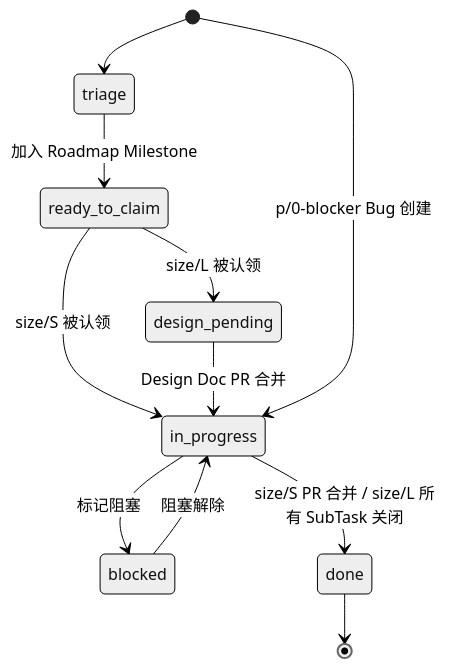
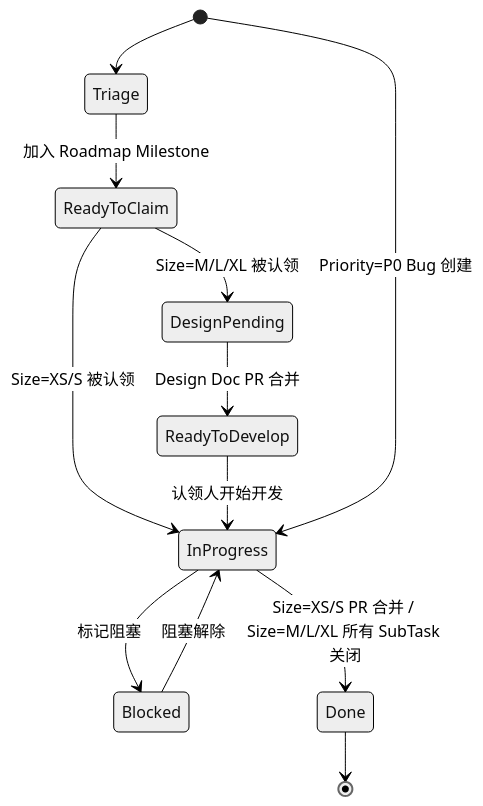
Before and after one commit to primatrix/strix: the second of 4 diagrams in docs/onboarding/project-management.md, drawn with Mermaid (neutral theme). The commit also changed other lines of this file, not shown here.

````diff
--- a/docs/onboarding/project-management.md
+++ b/docs/onboarding/project-management.md
@@ -70,13 +73,14 @@
 ```mermaid
 stateDiagram-v2
-    [*] --> triage
-    triage --> ready_to_claim : 加入 Roadmap Milestone
-    ready_to_claim --> design_pending : size/L 被认领
-    ready_to_claim --> in_progress : size/S 被认领
-    design_pending --> in_progress : Design Doc PR 合并
-    in_progress --> blocked : 标记阻塞
-    blocked --> in_progress : 阻塞解除
-    in_progress --> done : size/S PR 合并 / size/L 所有 SubTask 关闭
-    [*] --> in_progress : p/0-blocker Bug 创建
-    done --> [*]
+    [*] --> Triage
+    Triage --> ReadyToClaim : 加入 Roadmap Milestone
+    ReadyToClaim --> DesignPending : Size=M/L/XL 被认领
+    ReadyToClaim --> InProgress : Size=XS/S 被认领
+    DesignPending --> ReadyToDevelop : Design Doc PR 合并
+    ReadyToDevelop --> InProgress : 认领人开始开发
+    InProgress --> Blocked : 标记阻塞
+    Blocked --> InProgress : 阻塞解除
+    InProgress --> Done : Size=XS/S PR 合并 / Size=M/L/XL 所有 SubTask 关闭
+    [*] --> InProgress : Priority=P0 Bug 创建
+    Done --> [*]
 ```
````
